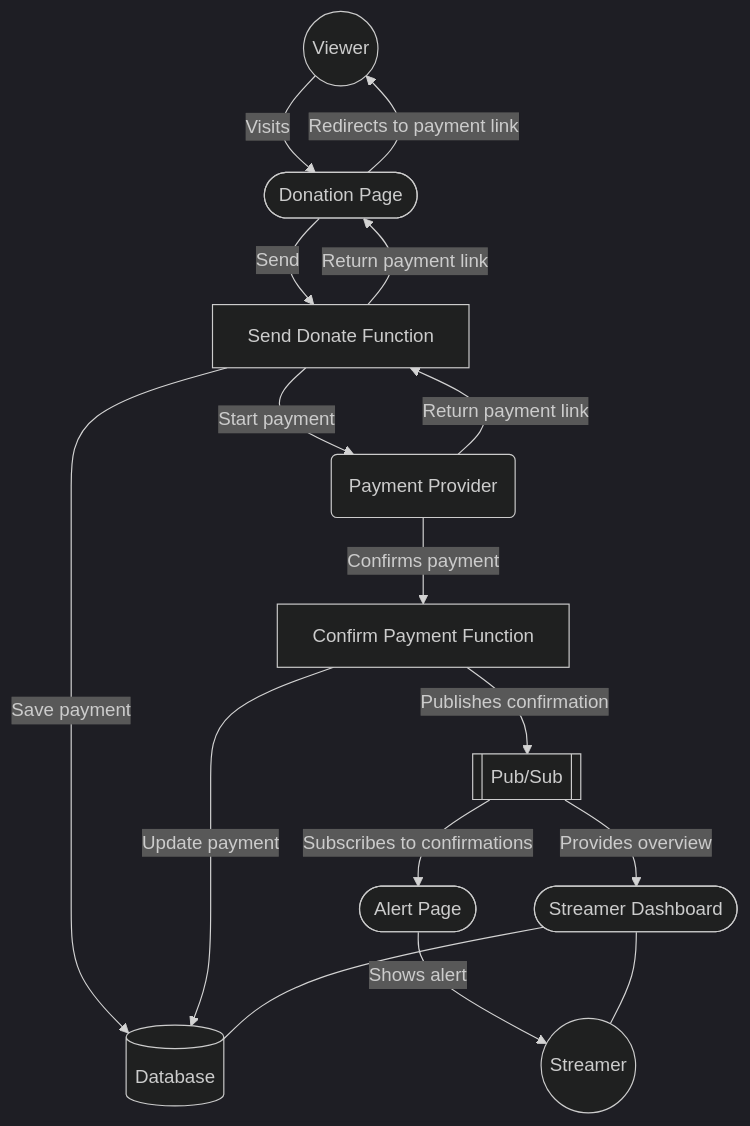
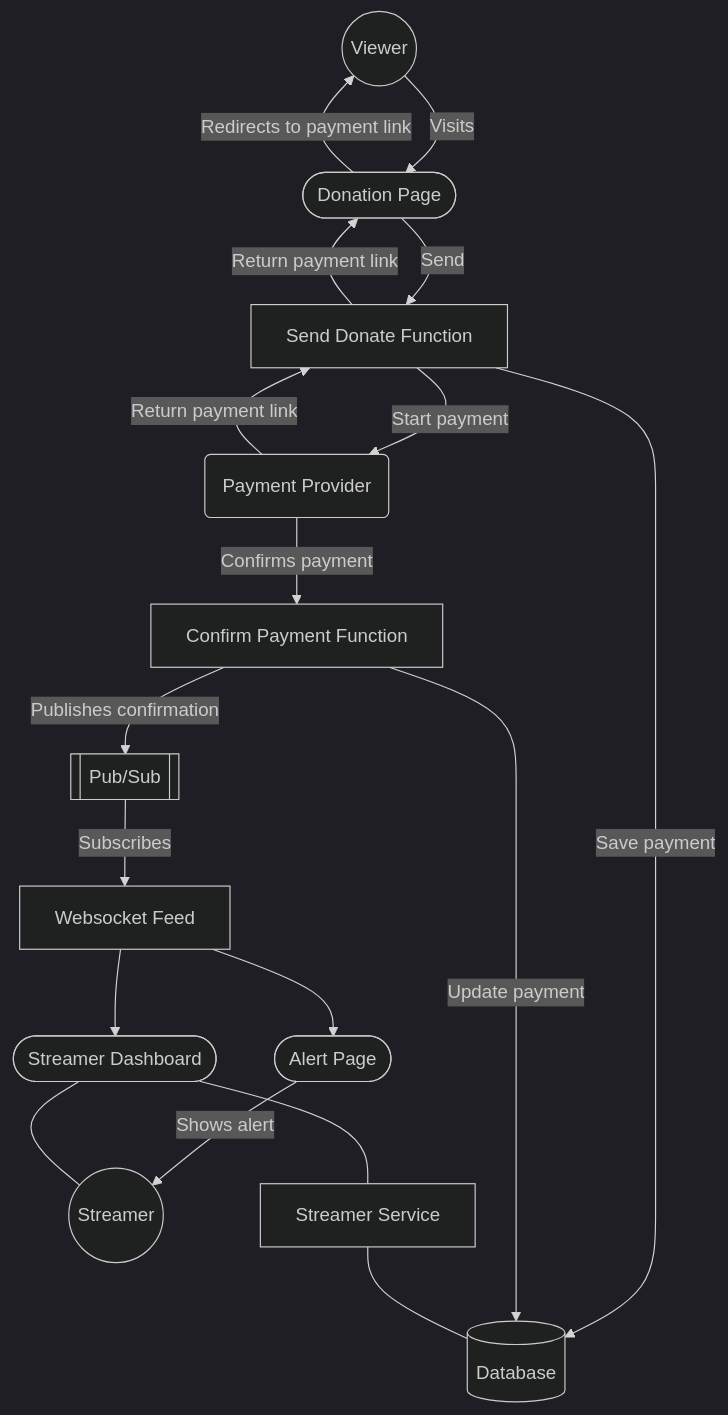
Before and after one commit to pkulik0/stredono: the first of 2 diagrams in README.md, drawn with Mermaid (dark theme).

Commit message:
alert viewer: simple displaying is working

````diff
--- a/README.md
+++ b/README.md
@@ -7,25 +7,29 @@
 ```mermaid
 flowchart TB
     V((Viewer)) --Visits--> DP([Donation Page])
     DP --Send--> SDF[Send Donate Function]
     
     SDF --Start payment--> PP(Payment Provider)
     PP --Return payment link--> SDF
     SDF --Save payment-->DB
     
     SDF --Return payment link--> DP
     DP --Redirects to payment link--> V
 
 
     PP(Payment Provider) --Confirms payment--> CPF[Confirm Payment Function]
     CPF --Update payment--> DB[(Database)]
     CPF --Publishes confirmation--> PS[[Pub/Sub]]
+    
+    PS --Subscribes--> WF[Websocket Feed]
 
-    PS --Subscribes to confirmations--> AP([Alert Page])
+    WF --> AP([Alert Page])
     AP --Shows alert--> S((Streamer))
 
-    SD([Streamer Dashboard]) --- DB
-    PS --Provides overview--> SD
+
+    SD([Streamer Dashboard]) --- SS
+    SS[Streamer Service] --- DB
+    WF --> SD
     SD --- S
     
 ```
````
